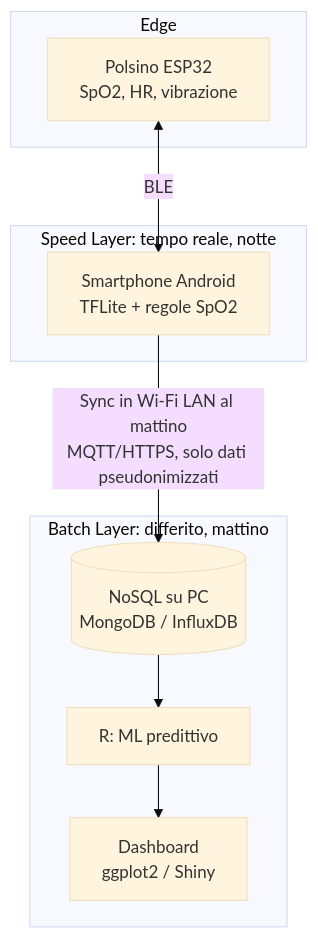
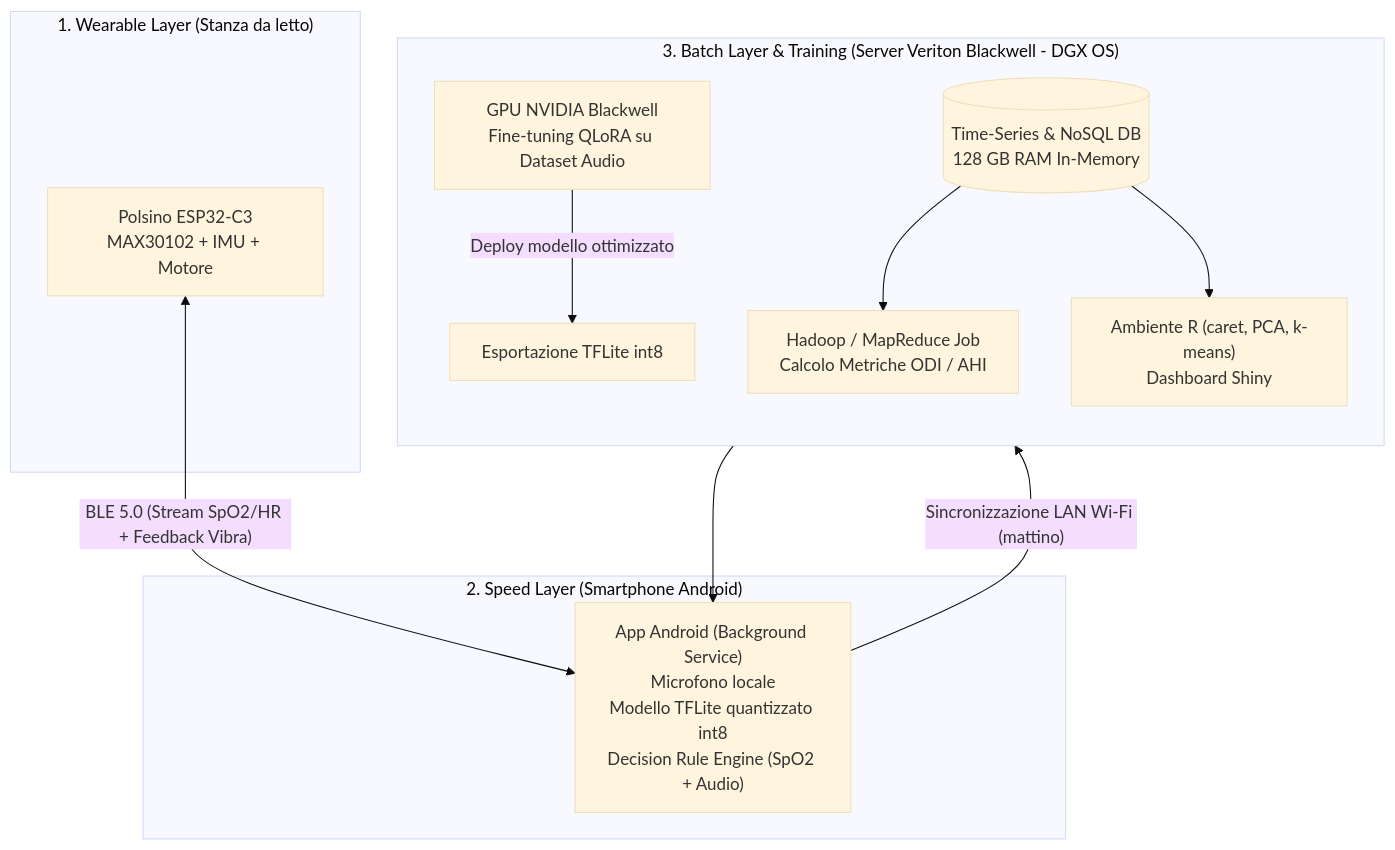
The first of 2 diagrams in analisi.md (petmax1973/progetto-russamento-apnea), drawn with Mermaid (base theme) before and after one commit. The commit also changed other lines of this file, not shown here.

Commit message:
refactor: replace single architecture options with 3-tier hybrid infrastructure and QLoRA pipeline

````diff
--- a/analisi.md
+++ b/analisi.md
@@ -134,17 +99,25 @@
 ```mermaid
 flowchart TB
-    subgraph EDGE["Edge"]
-        E["Polsino ESP32<br/>SpO2, HR, vibrazione"]
+    subgraph WEARABLE["1. Wearable Layer (Stanza da letto)"]
+        E["Polsino ESP32-C3<br/>MAX30102 + IMU + Motore"]
     end
-    subgraph SPEED["Speed Layer: tempo reale, notte"]
-        A["Smartphone Android<br/>TFLite + regole SpO2"]
+
+    subgraph SPEED["2. Speed Layer (Smartphone Android)"]
+        A["App Android (Background Service)<br/>Microfono locale<br/>Modello TFLite quantizzato int8<br/>Decision Rule Engine (SpO2 + Audio)"]
     end
-    subgraph BATCH["Batch Layer: differito, mattino"]
-        DB[("NoSQL su PC<br/>MongoDB / InfluxDB")]
-        R["R: ML predittivo"]
-        V["Dashboard<br/>ggplot2 / Shiny"]
+
+    subgraph BATCH["3. Batch Layer & Training (Server Veriton Blackwell - DGX OS)"]
+        direction TB
+        GPU["GPU NVIDIA Blackwell<br/>Fine-tuning QLoRA su Dataset Audio"]
+        TRAIN["Esportazione TFLite int8"]
+        DB[("Time-Series & NoSQL DB<br/>128 GB RAM In-Memory")]
+        HADOOP["Hadoop / MapReduce Job<br/>Calcolo Metriche ODI / AHI"]
+        R_ENV["Ambiente R (caret, PCA, k-means)<br/>Dashboard Shiny"]
     end
-    E <-->|BLE| A
-    A -->|"Sync in Wi-Fi LAN al mattino<br/>MQTT/HTTPS, solo dati pseudonimizzati"| DB
-    DB --> R --> V
+
+    E <-->|"BLE 5.0 (Stream SpO2/HR + Feedback Vibra)"| A
+    GPU -->|"Deploy modello ottimizzato"| TRAIN --> A
+    A -->|"Sincronizzazione LAN Wi-Fi (mattino)"| DB
+    DB --> HADOOP
+    DB --> R_ENV
 ```
````
